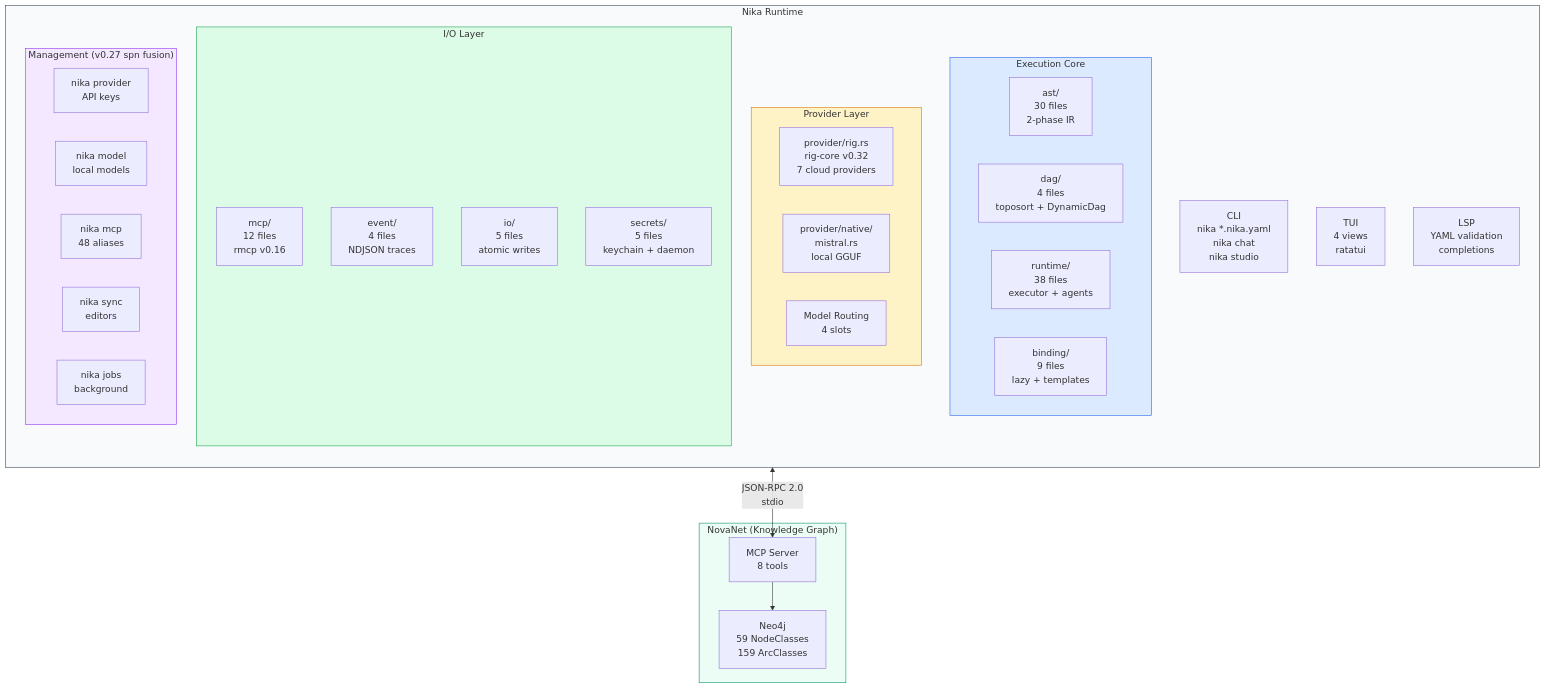
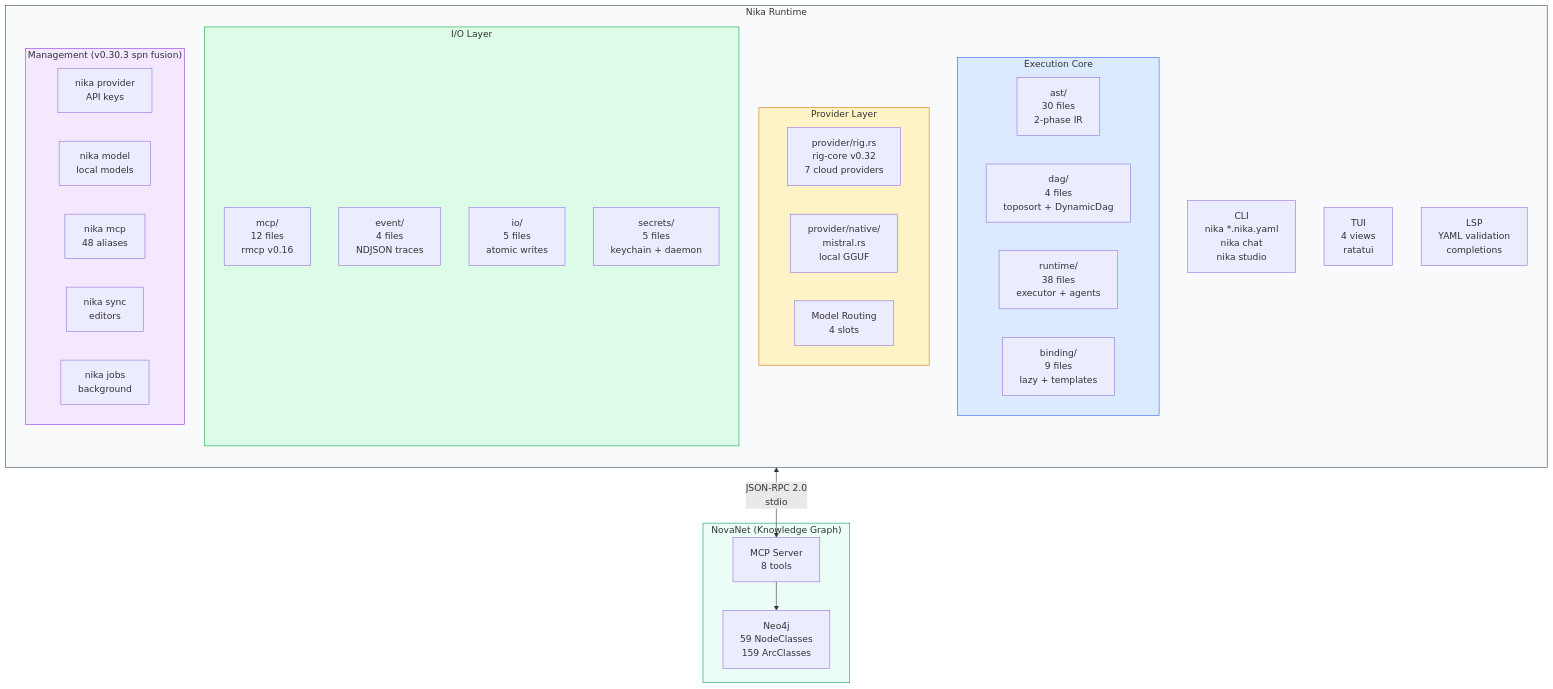
One commit to supernovae-st/nika changed the second of 23 diagrams in tools/nika/docs/brainstorm/nika-evolution/11-nika-030-technical-reference.md. Above: the diagram before and after it, drawn with Mermaid. The commit also changed other lines of this file and 35 other files, not shown here.

````diff
--- a/tools/nika/docs/brainstorm/nika-evolution/11-nika-030-technical-reference.md
+++ b/tools/nika/docs/brainstorm/nika-evolution/11-nika-030-technical-reference.md
@@ -68,52 +74,52 @@
 ```mermaid
 flowchart TB
     subgraph NIKA["Nika Runtime"]
         direction TB
         CLI["CLI\nnika *.nika.yaml\nnika chat\nnika studio"]
         TUI["TUI\n4 views\nratatui"]
         LSP_MOD["LSP\nYAML validation\ncompletions"]
 
         subgraph CORE_EXEC["Execution Core"]
             AST_MOD["ast/\n30 files\n2-phase IR"]
             DAG_MOD["dag/\n4 files\ntoposort + DynamicDag"]
             RUNTIME["runtime/\n38 files\nexecutor + agents"]
             BINDING["binding/\n9 files\nlazy + templates"]
         end
 
         subgraph PROVIDERS["Provider Layer"]
             RIG["provider/rig.rs\nrig-core v0.32\n7 cloud providers"]
             NATIVE["provider/native/\nmistral.rs\nlocal GGUF"]
             SLOTS["Model Routing\n4 slots"]
         end
 
         subgraph IO_LAYER["I/O Layer"]
             MCP_CLIENT["mcp/\n12 files\nrmcp v0.16"]
             EVENT["event/\n4 files\nNDJSON traces"]
             ARTIFACT["io/\n5 files\natomic writes"]
             SECRETS["secrets/\n5 files\nkeychain + daemon"]
         end
 
-        subgraph MGMT["Management (v0.27 spn fusion)"]
+        subgraph MGMT["Management (v0.30.3 spn fusion)"]
             PROV_CMD["nika provider\nAPI keys"]
             MODEL_CMD["nika model\nlocal models"]
             MCP_CMD["nika mcp\n48 aliases"]
             SYNC_CMD["nika sync\neditors"]
             JOBS_CMD["nika jobs\nbackground"]
         end
     end
 
     subgraph NOVANET["NovaNet (Knowledge Graph)"]
         NEO4J["Neo4j\n59 NodeClasses\n159 ArcClasses"]
         MCP_SRV["MCP Server\n8 tools"]
     end
 
     MCP_CLIENT <-->|"JSON-RPC 2.0\nstdio"| MCP_SRV
     MCP_SRV --> NEO4J
 
     style NIKA fill:#f8fafc,stroke:#334155
     style CORE_EXEC fill:#dbeafe,stroke:#2563eb
     style PROVIDERS fill:#fef3c7,stroke:#d97706
     style IO_LAYER fill:#dcfce7,stroke:#16a34a
     style MGMT fill:#f3e8ff,stroke:#9333ea
     style NOVANET fill:#ecfdf5,stroke:#059669
 ```
````
